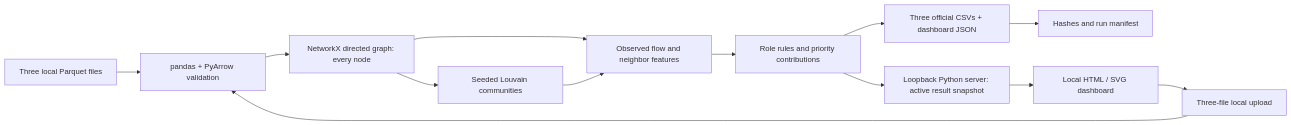
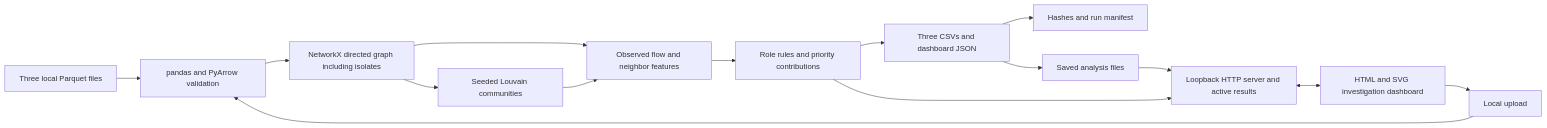
Before and after one commit to BAITC-Hacks/hack-368e1646-jiggle-eagles: the diagram in README.md, drawn with Mermaid. The commit also changed other lines of this file and 20 other files, not shown here.

````diff
--- a/README.md
+++ b/README.md
@@ -198,15 +47,17 @@
 ```mermaid
 flowchart LR
-    P[Three local Parquet files] --> V[pandas + PyArrow validation]
-    V --> G[NetworkX directed graph: every node]
+    P[Three local Parquet files] --> V[pandas and PyArrow validation]
+    V --> G[NetworkX directed graph including isolates]
     G --> F[Observed flow and neighbor features]
     G --> C[Seeded Louvain communities]
     C --> F
     F --> R[Role rules and priority contributions]
-    R --> E[Three official CSVs + dashboard JSON]
+    R --> E[Three CSVs and dashboard JSON]
     E --> M[Hashes and run manifest]
-    R --> H[Loopback Python server: active result snapshot]
-    H --> D[Local HTML / SVG dashboard]
-    D --> U[Three-file local upload]
+    R --> H[Loopback HTTP server and active results]
+    H <--> D[HTML and SVG investigation dashboard]
+    D --> U[Local upload]
     U --> V
+    E --> S[Saved analysis files]
+    S --> H
 ```
````
